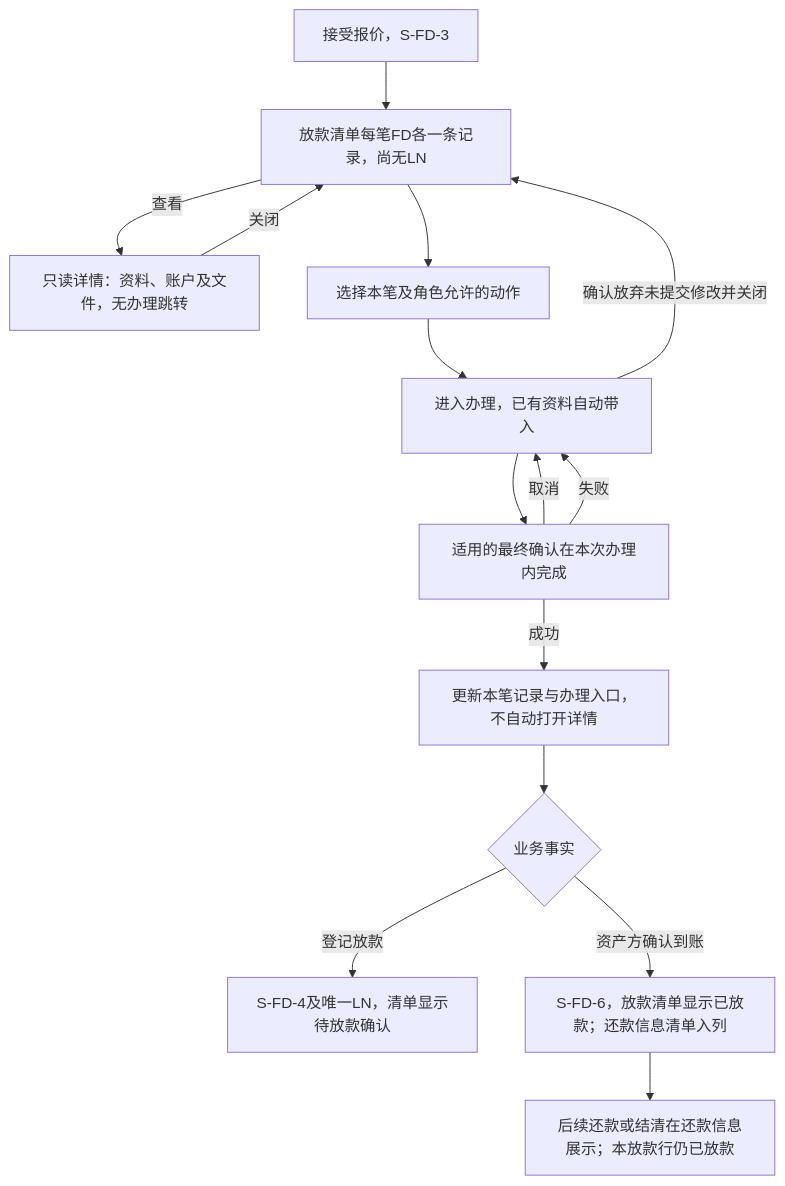
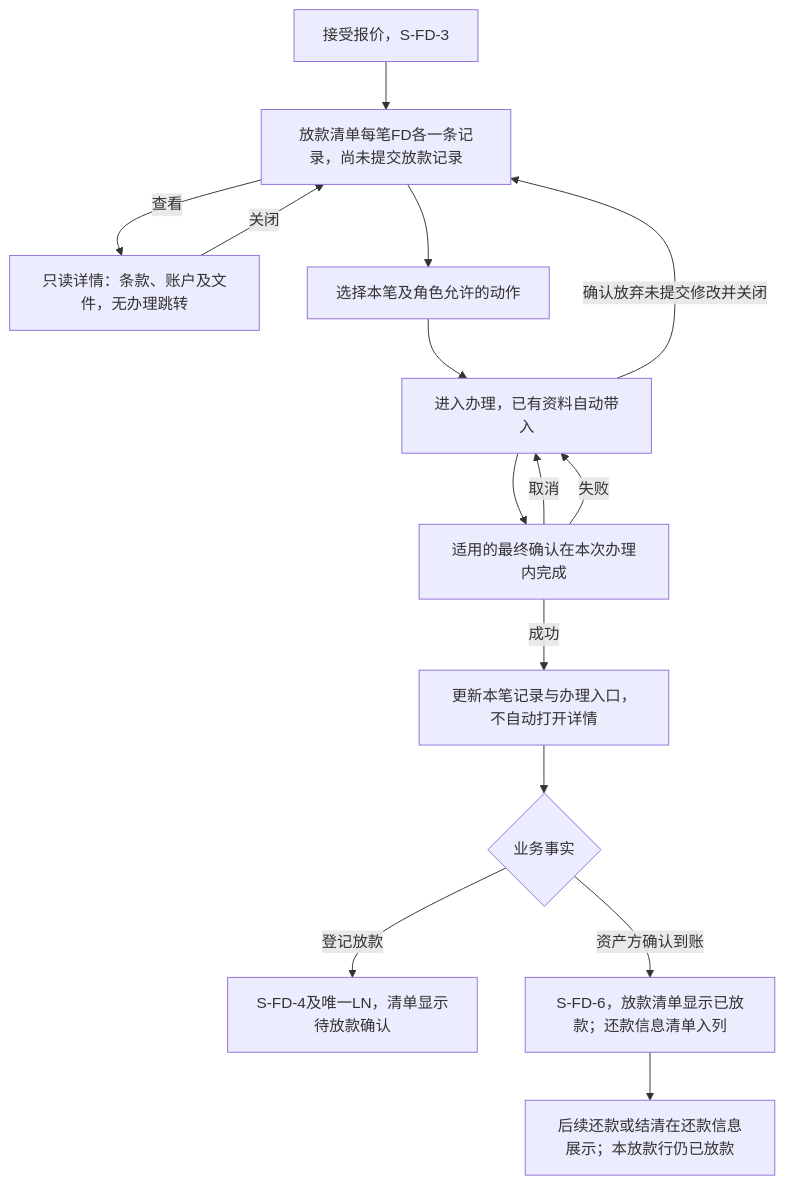
Before and after one commit to wxblockchain/Chain-Financing: the first of 4 diagrams in lending-platform/PRD/v1.0-借贷广场-放款与放款确认/02-放款与放款确认-流程图与状态机.md, drawn with Mermaid. The commit also changed other lines of this file and 5 other files, not shown here.

````diff
--- a/lending-platform/PRD/v1.0-借贷广场-放款与放款确认/02-放款与放款确认-流程图与状态机.md
+++ b/lending-platform/PRD/v1.0-借贷广场-放款与放款确认/02-放款与放款确认-流程图与状态机.md
@@ -21,17 +21,17 @@
 ```mermaid
 flowchart TD
-  A[接受报价，S-FD-3] --> B[放款清单每笔FD各一条记录，尚无LN]
-  B -->|查看| C[只读详情：资料、账户及文件，无办理跳转]
+  A[接受报价，S-FD-3] --> B[放款清单每笔FD各一条记录，尚未提交放款记录]
+  B -->|查看| C[只读详情：条款、账户及文件，无办理跳转]
   C -->|关闭| B
   B --> D[选择本笔及角色允许的动作]
   D --> E[进入办理，已有资料自动带入]
   E --> F[适用的最终确认在本次办理内完成]
   F -->|取消| E
   F -->|失败| E
   F -->|成功| G[更新本笔记录与办理入口，不自动打开详情]
   G --> H{业务事实}
   H -->|登记放款| I[S-FD-4及唯一LN，清单显示待放款确认]
   H -->|资产方确认到账| J[S-FD-6，放款清单显示已放款；还款信息清单入列]
   J --> K[后续还款或结清在还款信息展示；本放款行仍已放款]
   E -->|确认放弃未提交修改并关闭| B
 ```
````
